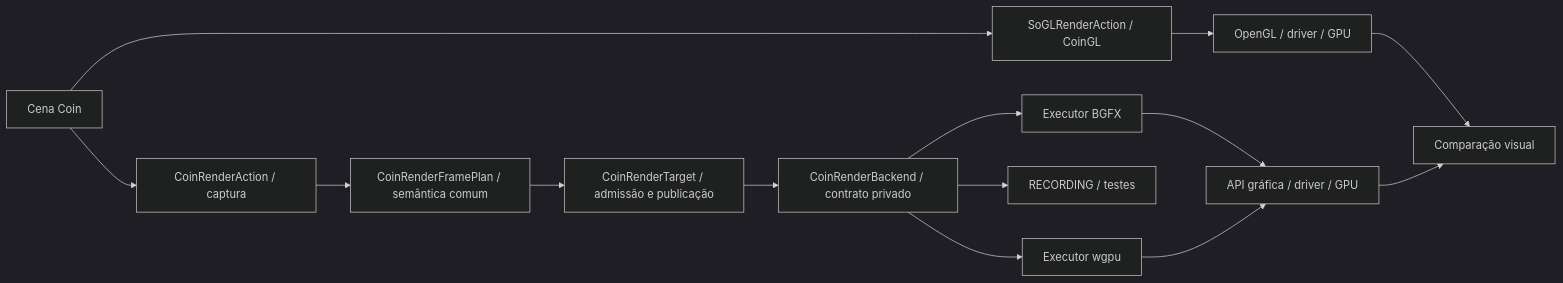
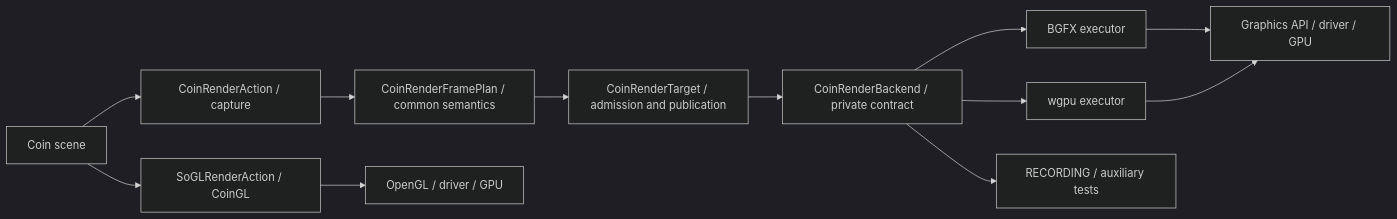
The diagram in docs/coin-render-architecture.md (Dikluwe/coin), drawn with Mermaid (dark theme) before and after one commit. The commit also changed other lines of this file and 465 other files, not shown here.

Commit message:
Prepare English CoinRender contracts and archive historical evidence

````diff
--- a/docs/coin-render-architecture.md
+++ b/docs/coin-render-architecture.md
@@ -31,16 +16,14 @@
 ```mermaid
 flowchart LR
-    Scene[Cena Coin] --> Action[CoinRenderAction / captura]
-    Action --> Plan[CoinRenderFramePlan / semântica comum]
-    Plan --> Target[CoinRenderTarget / admissão e publicação]
-    Target --> Contract[CoinRenderBackend / contrato privado]
-    Contract --> BGFX[Executor BGFX]
-    Contract --> WGPU[Executor wgpu]
-    Contract --> Recording[RECORDING / testes]
-    BGFX --> API[API gráfica / driver / GPU]
+    Scene[Coin scene] --> Action[CoinRenderAction / capture]
+    Action --> Plan[CoinRenderFramePlan / common semantics]
+    Plan --> Target[CoinRenderTarget / admission and publication]
+    Target --> Contract[CoinRenderBackend / private contract]
+    Contract --> BGFX[BGFX executor]
+    Contract --> WGPU[wgpu executor]
+    Contract --> Recording[RECORDING / auxiliary tests]
+    BGFX --> API[Graphics API / driver / GPU]
     WGPU --> API
     Scene --> GL[SoGLRenderAction / CoinGL]
     GL --> OpenGL[OpenGL / driver / GPU]
-    OpenGL --> Oracle[Comparação visual]
-    API --> Oracle
 ```
````
